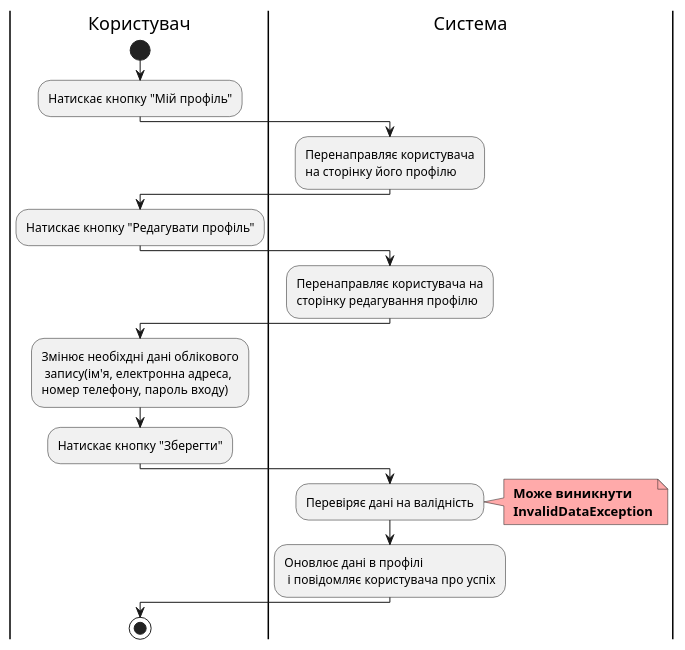
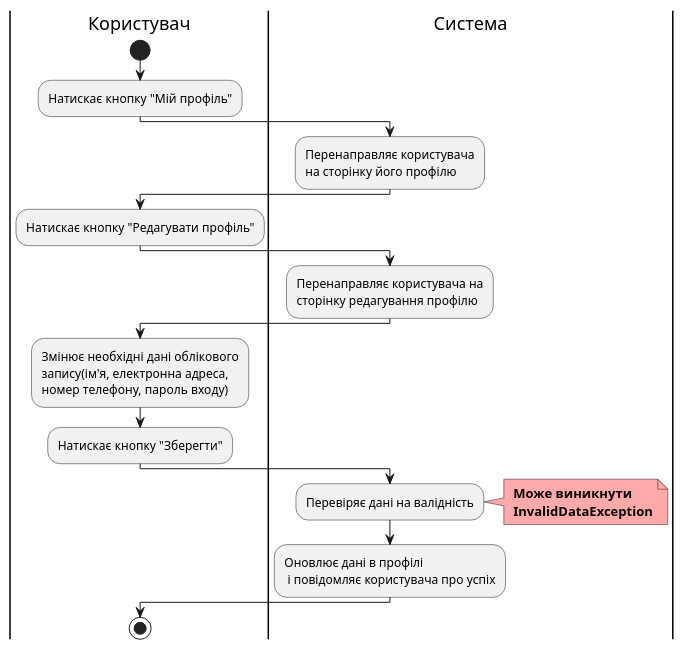
One commit to samoilenkomariia/db-coursework changed the seventh of 23 diagrams in docs/use cases/README.md. Above: the diagram before and after it, drawn with PlantUML. The commit also changed other lines of this file, not shown here.

```diff
--- a/docs/use cases/README.md
+++ b/docs/use cases/README.md
@@ -298,30 +298,30 @@
 @startuml
 
     |Користувач|
       start;
         :Натискає кнопку "Мій профіль";
     |Система|
         :Перенаправляє користувача\nна сторінку його профілю;
         
     |Користувач|
         :Натискає кнопку "Редагувати профіль";
         
     |Система|
         :Перенаправляє користувача на\nсторінку редагування профілю;
         
     |Користувач|
-        :Змінює необіхдні дані облікового\n запису(ім'я, електронна адреса,\nномер телефону, пароль входу);
+        :Змінює необхідні дані облікового\nзапису(ім'я, електронна адреса,\nномер телефону, пароль входу);
         :Натискає кнопку "Зберегти";
 
     |Система|
         :Перевіряє дані на валідність;
         note right #ffaaaa
         <b> Може виникнути
         <b> InvalidDataException
         end note
         :Оновлює дані в профілі\n і повідомляє користувача про успіх;
         
      |Користувач|
        stop;
 
 @enduml
```
